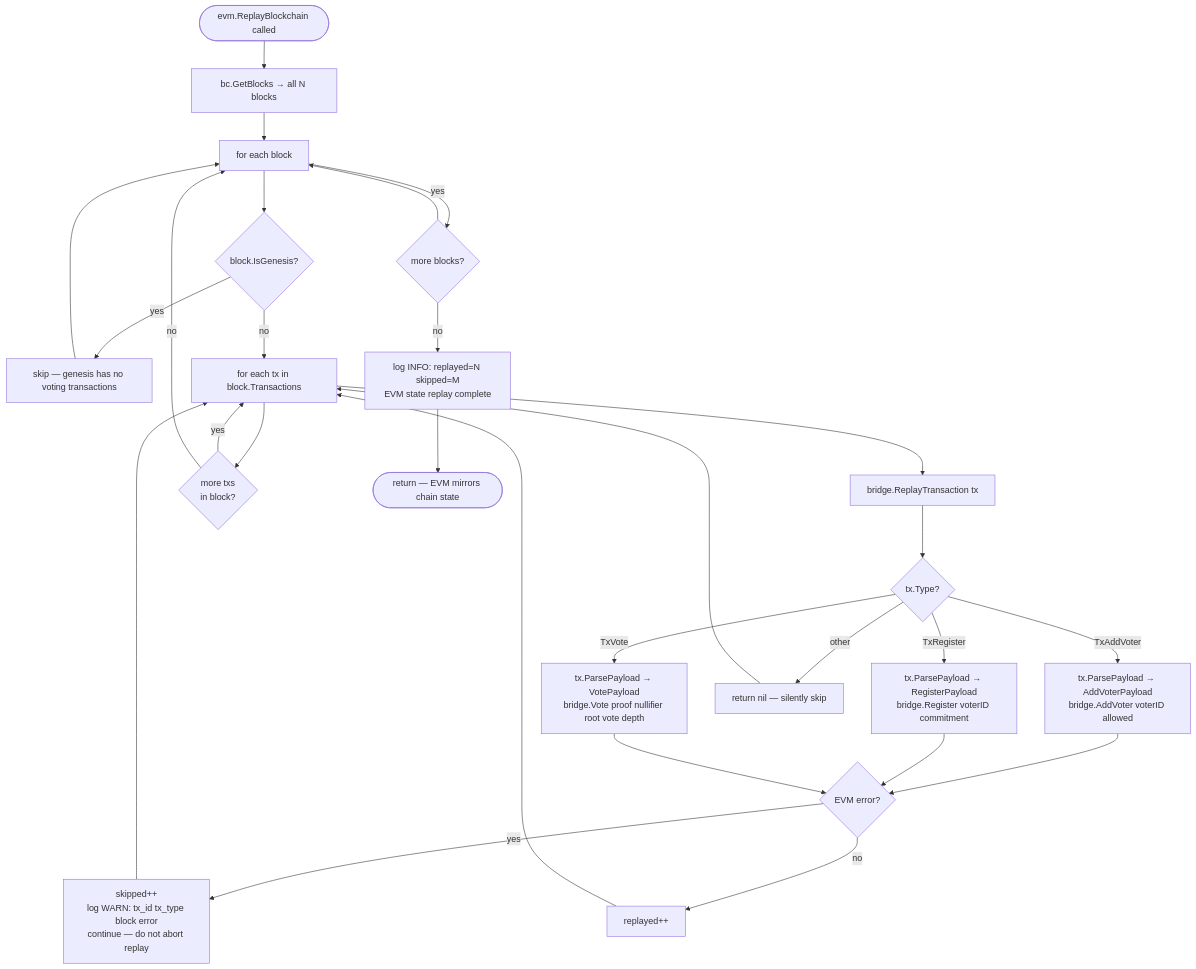
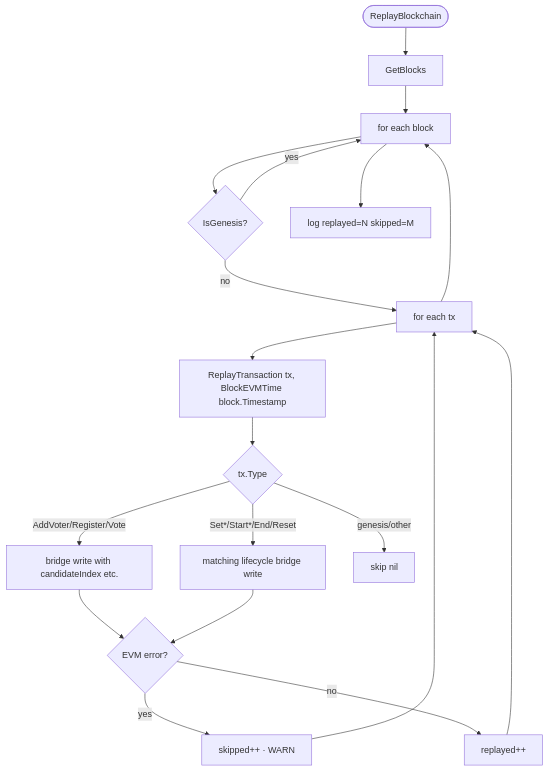
One commit to PiyumalKK/zk_voting changed the seventh of 9 diagrams in packages/blockchain/BLOCKCHAIN_OVERVIEW.md. Above: the diagram before and after it, drawn with Mermaid. The commit also changed other lines of this file and 43 other files, not shown here.

````diff
--- a/packages/blockchain/BLOCKCHAIN_OVERVIEW.md
+++ b/packages/blockchain/BLOCKCHAIN_OVERVIEW.md
@@ -746,38 +610,21 @@
 ```mermaid
 flowchart TD
-    A([evm.ReplayBlockchain called]) --> B[bc.GetBlocks → all N blocks]
+    A([ReplayBlockchain]) --> B[GetBlocks]
     B --> C[for each block]
-
-    C --> D{block.IsGenesis?}
-    D -- yes --> E[skip — genesis has no voting transactions]
+    C --> D{IsGenesis?}
+    D -- yes --> C
+    D -- no --> E[for each tx]
+    E --> F[ReplayTransaction tx, BlockEVMTime block.Timestamp]
+    F --> G{tx.Type}
+    G -- AddVoter/Register/Vote --> H[bridge write with candidateIndex etc.]
+    G -- Set*/Start*/End/Reset --> I[matching lifecycle bridge write]
+    G -- genesis/other --> J[skip nil]
+    H --> K{EVM error?}
+    I --> K
+    K -- yes --> L[skipped++ · WARN]
+    K -- no --> M[replayed++]
+    L --> E
+    M --> E
     E --> C
-
-    D -- no --> F[for each tx in block.Transactions]
-
-    F --> G[bridge.ReplayTransaction tx]
-    G --> H{tx.Type?}
-
-    H -- TxAddVoter --> I[tx.ParsePayload → AddVoterPayload\nbridge.AddVoter voterID allowed]
-    H -- TxRegister --> J[tx.ParsePayload → RegisterPayload\nbridge.Register voterID commitment]
-    H -- TxVote --> K[tx.ParsePayload → VotePayload\nbridge.Vote proof nullifier root vote depth]
-    H -- other --> L[return nil — silently skip]
-
-    I --> M{EVM error?}
-    J --> M
-    K --> M
-    L --> F
-
-    M -- yes --> N[skipped++\nlog WARN: tx_id tx_type block error\ncontinue — do not abort replay]
-    M -- no --> O[replayed++]
-    N --> F
-    O --> F
-
-    F --> P{more txs\nin block?}
-    P -- yes --> F
-    P -- no --> C
-
-    C --> Q{more blocks?}
-    Q -- yes --> C
-    Q -- no --> R[log INFO: replayed=N skipped=M\nEVM state replay complete]
-    R --> S([return — EVM mirrors chain state])
+    C --> N[log replayed=N skipped=M]
 ```
````
